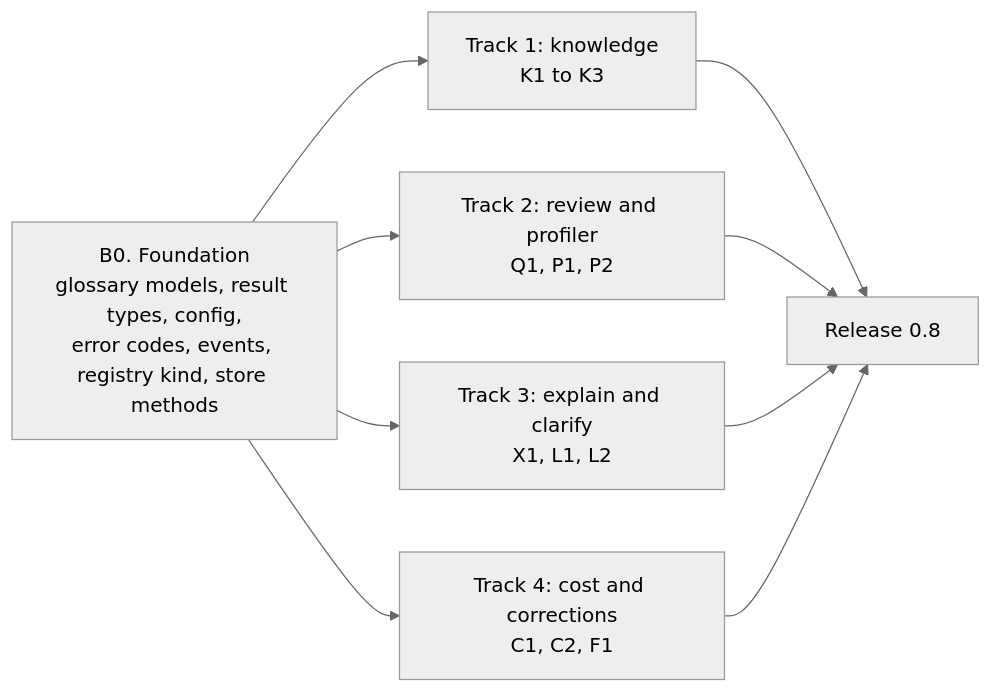
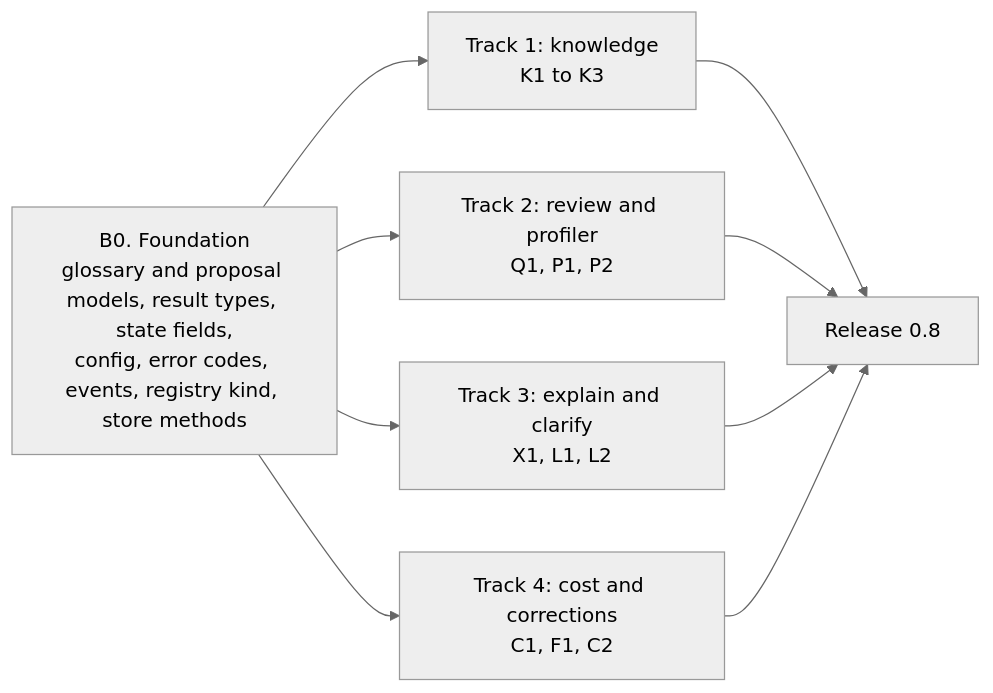
One commit to nadeem4/nl2sql changed the first of 3 diagrams in docs/architecture/wave_b.md. Above: the diagram before and after it, drawn with Mermaid (neutral theme). The commit also changed other lines of this file, not shown here.

First line of the commit message:
docs(architecture): Wave B design, review fixes

````diff
--- a/docs/architecture/wave_b.md
+++ b/docs/architecture/wave_b.md
@@ -130,12 +138,12 @@
 ```mermaid
 flowchart LR
-  B0["B0. Foundation<br/>glossary models, result types, config,<br/>error codes, events, registry kind, store methods"]
+  B0["B0. Foundation<br/>glossary and proposal models, result types, state fields,<br/>config, error codes, events, registry kind, store methods"]
   B0 --> K["Track 1: knowledge<br/>K1 to K3"]
   B0 --> Q["Track 2: review and profiler<br/>Q1, P1, P2"]
   B0 --> L["Track 3: explain and clarify<br/>X1, L1, L2"]
-  B0 --> C["Track 4: cost and corrections<br/>C1, C2, F1"]
+  B0 --> C["Track 4: cost and corrections<br/>C1, F1, C2"]
   K --> REL["Release 0.8"]
   Q --> REL
   L --> REL
   C --> REL
 ```
````
